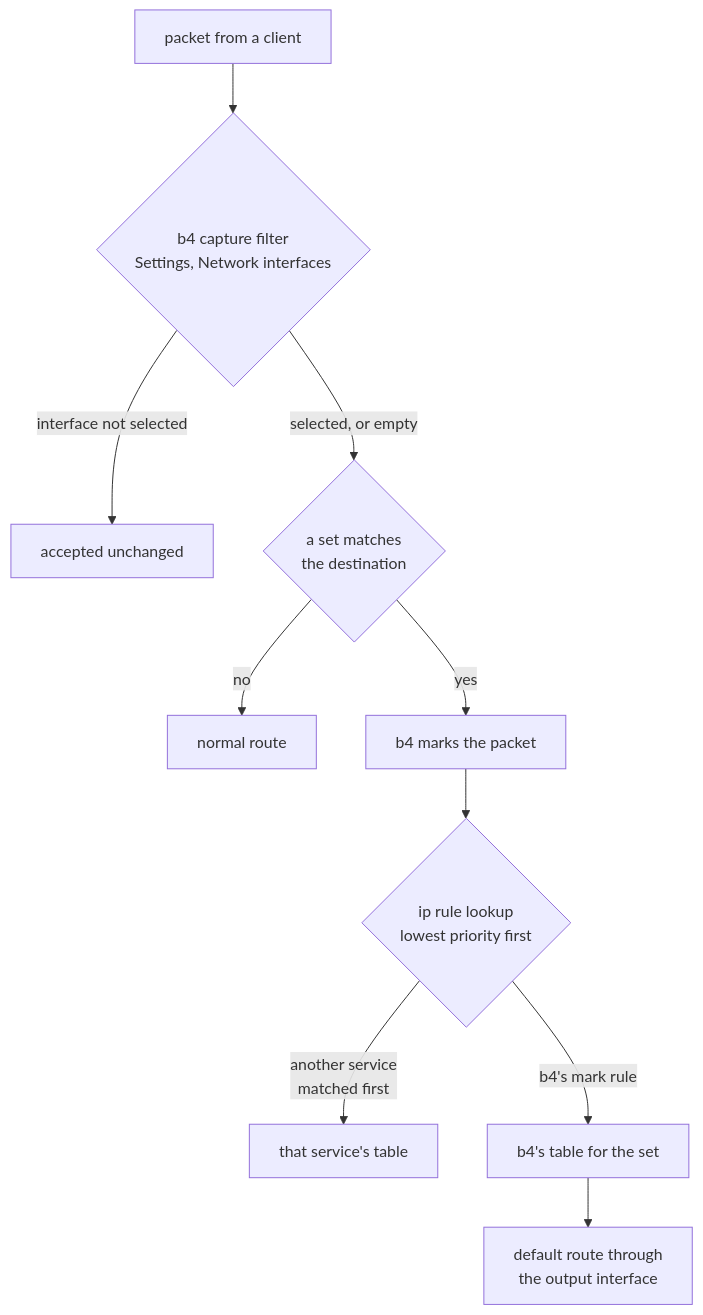
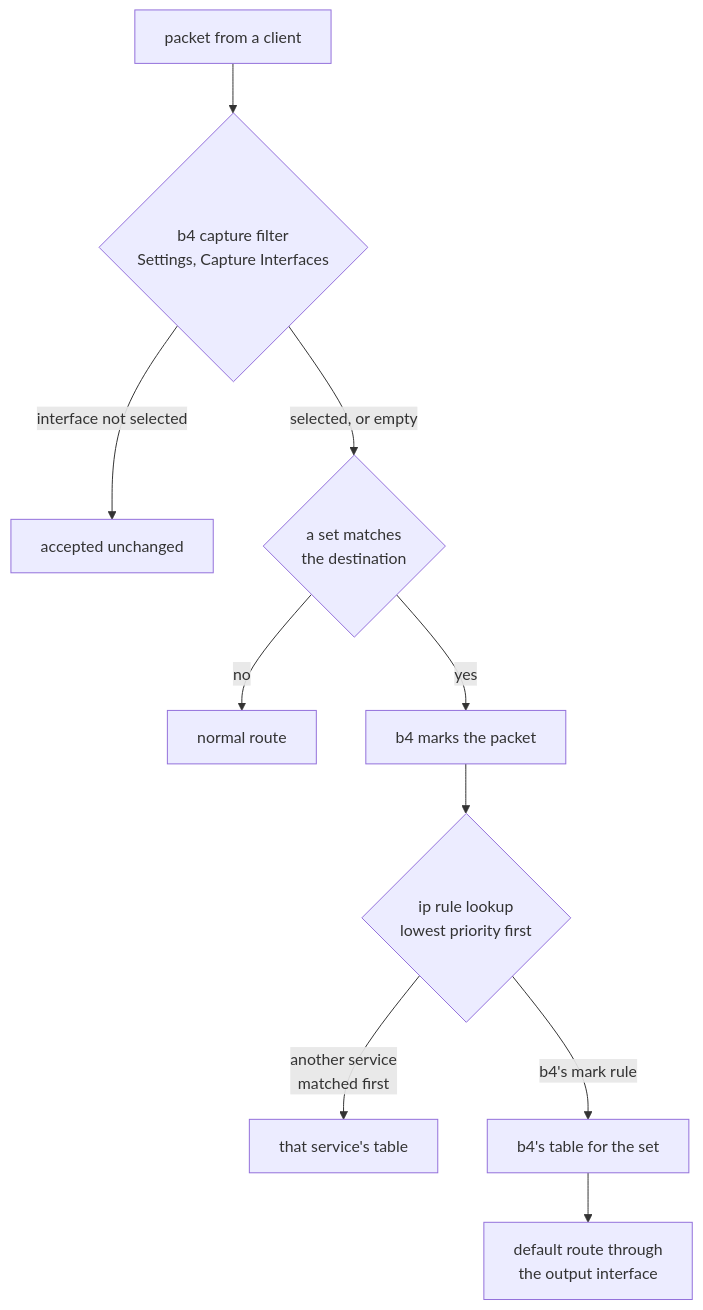
Before and after one commit to DanielLavrushin/b4: the diagram in docs/docs/guides/xray.md, drawn with Mermaid. The commit also changed other lines of this file and 167 other files, not shown here.

````diff
--- a/docs/docs/guides/xray.md
+++ b/docs/docs/guides/xray.md
@@ -35,12 +35,12 @@
 ```mermaid
 flowchart TD
-    A[packet from a client] --> B{b4 capture filter<br/>Settings, Network interfaces}
+    A[packet from a client] --> B{b4 capture filter<br/>Settings, Capture Interfaces}
     B -->|interface not selected| Z[accepted unchanged]
     B -->|selected, or empty| C{a set matches<br/>the destination}
     C -->|no| D[normal route]
     C -->|yes| E[b4 marks the packet]
     E --> F{ip rule lookup<br/>lowest priority first}
     F -->|another service<br/>matched first| G[that service's table]
     F -->|b4's mark rule| H[b4's table for the set]
     H --> I[default route through<br/>the output interface]
 ```
````
